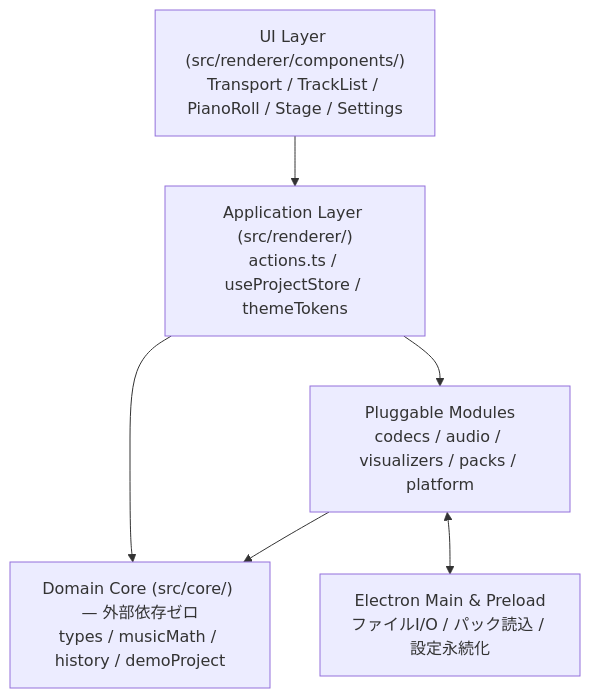
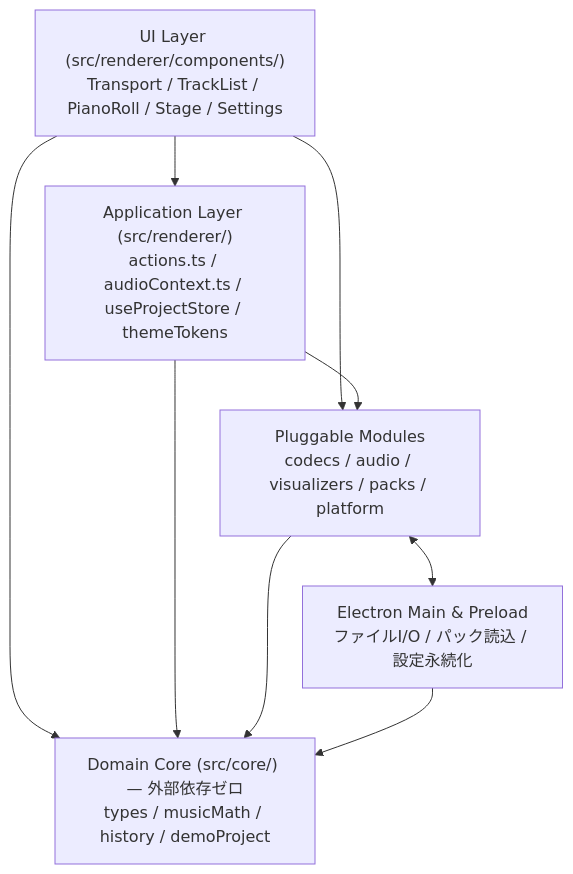
The diagram in docs/architecture.md (Yoshiha3/tone-bone), drawn with Mermaid before and after one commit. The commit also changed other lines of this file and 9 other files, not shown here.

````diff
--- a/docs/architecture.md
+++ b/docs/architecture.md
@@ -9,14 +9,17 @@
 ```mermaid
 flowchart TD
     UI["UI Layer (src/renderer/components/)<br/>Transport / TrackList / PianoRoll / Stage / Settings"]
-    App["Application Layer (src/renderer/)<br/>actions.ts / useProjectStore / themeTokens"]
+    App["Application Layer (src/renderer/)<br/>actions.ts / audioContext.ts / useProjectStore / themeTokens"]
     Mod["Pluggable Modules<br/>codecs / audio / visualizers / packs / platform"]
     Core["Domain Core (src/core/) — 外部依存ゼロ<br/>types / musicMath / history / demoProject"]
     OS["Electron Main & Preload<br/>ファイルI/O / パック読込 / 設定永続化"]
 
     UI --> App
+    UI --> Mod
+    UI --> Core
     App --> Mod
     App --> Core
     Mod --> Core
     Mod <--> OS
+    OS --> Core
 ```
````
